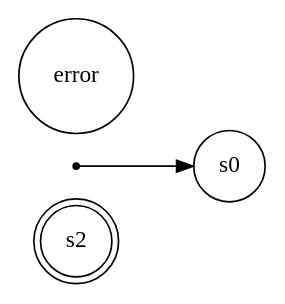
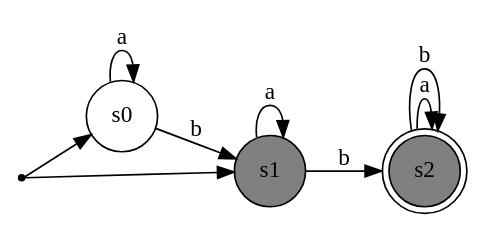
One commit to lukaz-r/AFD-animator changed the diagram in dotfiles/arq_5.dot. Above: the diagram before and after it, drawn with Graphviz. The commit also changed 19 other files, not shown here.

```diff
--- a/dotfiles/arq_5.dot
+++ b/dotfiles/arq_5.dot
@@ -1,12 +1,20 @@
 digraph maquina_de_estados { 
 	rankdir=LR;
 	size="10"
 	node [shape = doublecircle];
 	s2
 	node [shape = point];
 	p
 	node [shape = circle];
-	error [style=filled, fillcolor=white];
 	p -> s0
+	p -> s1
 	node [shape = circle];
+	s1[style=filled, fillcolor=gray]
+	s2[style=filled, fillcolor=gray]
+	s0 -> s0[label = "a"][color=black];
+	s0 -> s1[label = "b"][color=black];
+	s1 -> s1[label = "a"][color=black];
+	s1 -> s2[label = "b"][color=black];
+	s2 -> s2[label = "a"][color=black];
+	s2 -> s2[label = "b"][color=black];
 	}
```
